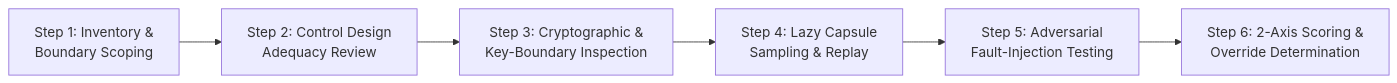
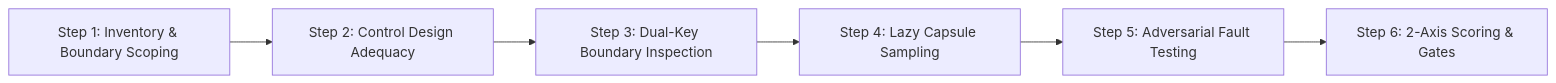
Before and after one commit to DenzilGreenwood/ciaf-lcm-reference: the diagram in docs/audit-readiness-methodology-v0.1.md, drawn with Mermaid. The commit also changed 8 other files, not shown here.

Commit message:
Render interactive Mermaid SVG diagrams on index.html and spec pages

````diff
--- a/docs/audit-readiness-methodology-v0.1.md
+++ b/docs/audit-readiness-methodology-v0.1.md
@@ -23,8 +23,8 @@
 ```mermaid
 flowchart LR
-    S1["Step 1: Inventory &<br/>Boundary Scoping"] --> S2["Step 2: Control Design<br/>Adequacy Review"]
-    S2 --> S3["Step 3: Cryptographic &<br/>Key-Boundary Inspection"]
-    S3 --> S4["Step 4: Lazy Capsule<br/>Sampling & Replay"]
-    S4 --> S5["Step 5: Adversarial<br/>Fault-Injection Testing"]
-    S5 --> S6["Step 6: 2-Axis Scoring &<br/>Override Determination"]
+    S1["Step 1: Inventory & Boundary Scoping"] --> S2["Step 2: Control Design Adequacy"]
+    S2 --> S3["Step 3: Dual-Key Boundary Inspection"]
+    S3 --> S4["Step 4: Lazy Capsule Sampling"]
+    S4 --> S5["Step 5: Adversarial Fault Testing"]
+    S5 --> S6["Step 6: 2-Axis Scoring & Gates"]
 ```
````
